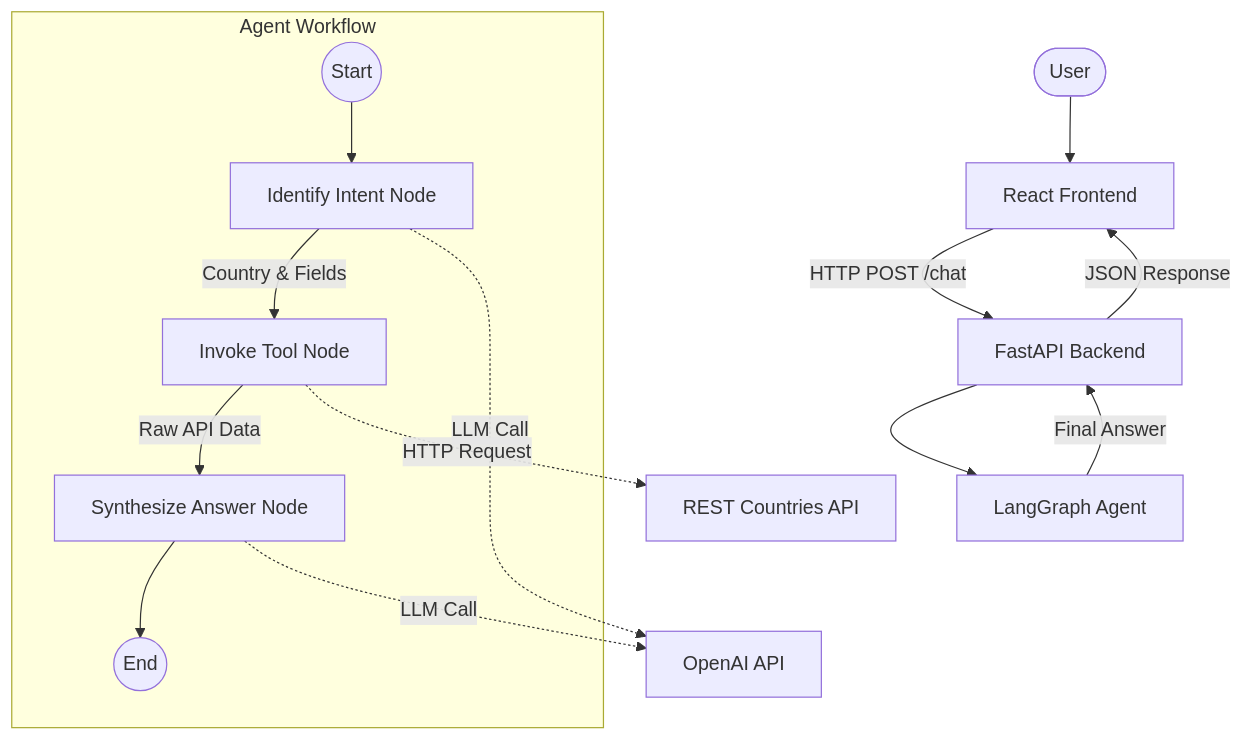
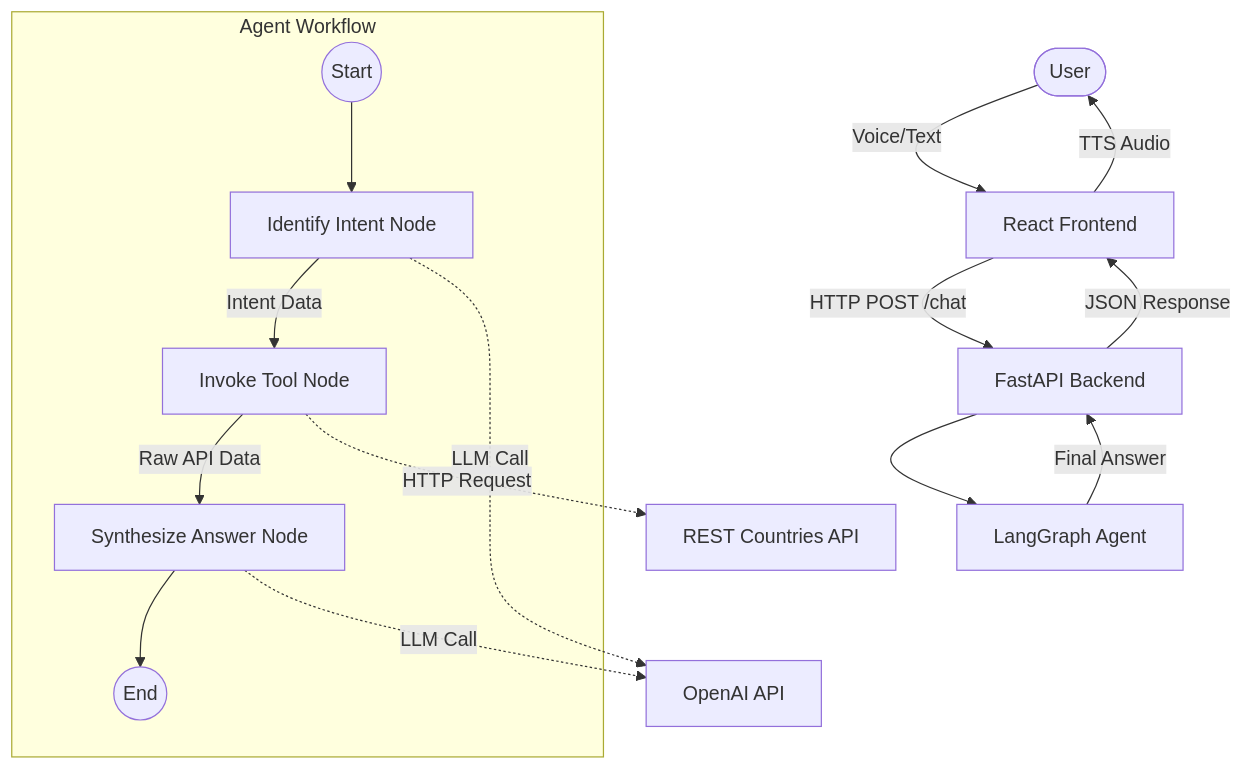
One commit to UjjwalShukla04/Country_Info_AI_Agent changed the diagram in ARCHITECTURE.md. Above: the diagram before and after it, drawn with Mermaid. The commit also changed other lines of this file, not shown here.

Commit message:
Update-architecture-documentation

````diff
--- a/ARCHITECTURE.md
+++ b/ARCHITECTURE.md
@@ -21,20 +22,21 @@
 ```mermaid
 graph TD
-    User([User]) --> UI[React Frontend]
+    User([User]) -->|Voice/Text| UI[React Frontend]
     UI -->|HTTP POST /chat| API[FastAPI Backend]
     API --> Graph[LangGraph Agent]
     
     subgraph "Agent Workflow"
         Start((Start)) --> Intent[Identify Intent Node]
-        Intent -->|Country & Fields| Tool[Invoke Tool Node]
+        Intent -->|Intent Data| Tool[Invoke Tool Node]
         Tool -->|Raw API Data| Synthesis[Synthesize Answer Node]
         Synthesis --> End((End))
     end
     
     Intent -.->|LLM Call| OpenAI[OpenAI API]
     Tool -.->|HTTP Request| REST[REST Countries API]
     Synthesis -.->|LLM Call| OpenAI
     
     Graph -->|Final Answer| API
     API -->|JSON Response| UI
+    UI -->|TTS Audio| User
 ```
````
